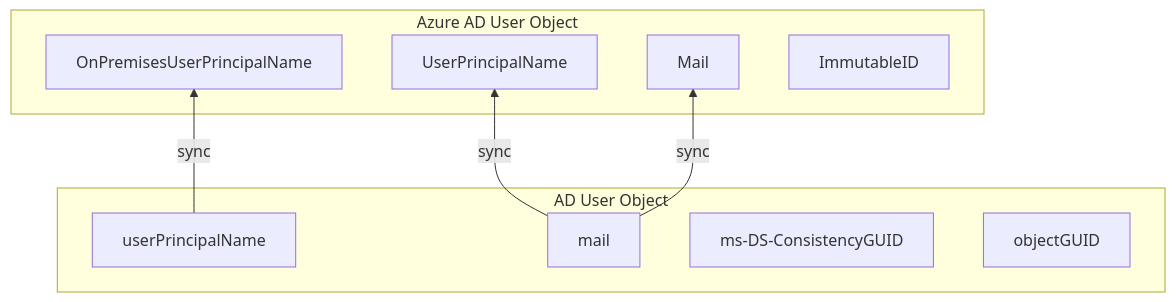
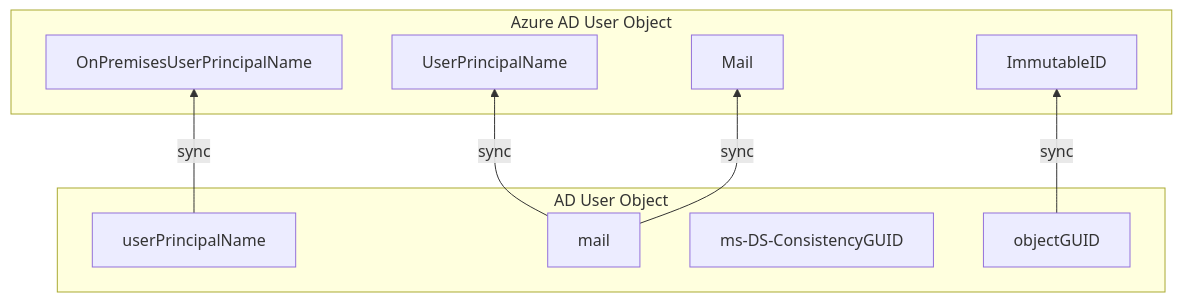
One commit to amasse3/AzureAD-Baseline-MLZ changed the diagram in doc/AAD-CertificateBasedAuthentication-DODPKI.md. Above: the diagram before and after it, drawn with Mermaid.

Commit message:
ImmutableID flow

`````diff
--- a/doc/AAD-CertificateBasedAuthentication-DODPKI.md
+++ b/doc/AAD-CertificateBasedAuthentication-DODPKI.md
@@ -28,18 +28,19 @@
 ````mermaid
 flowchart BT
     subgraph Azure AD User Object
     UserPrincipalName
     OnPremisesUserPrincipalName
     Mail
     ImmutableID
     end
     subgraph AD User Object
     userPrincipalName
     mail
     ms-DS-ConsistencyGUID
     objectGUID
     end
     userPrincipalName--sync-->OnPremisesUserPrincipalName
     mail--sync-->UserPrincipalName
     mail--sync-->Mail
+    objectGUID--sync-->ImmutableID
 ````
`````
